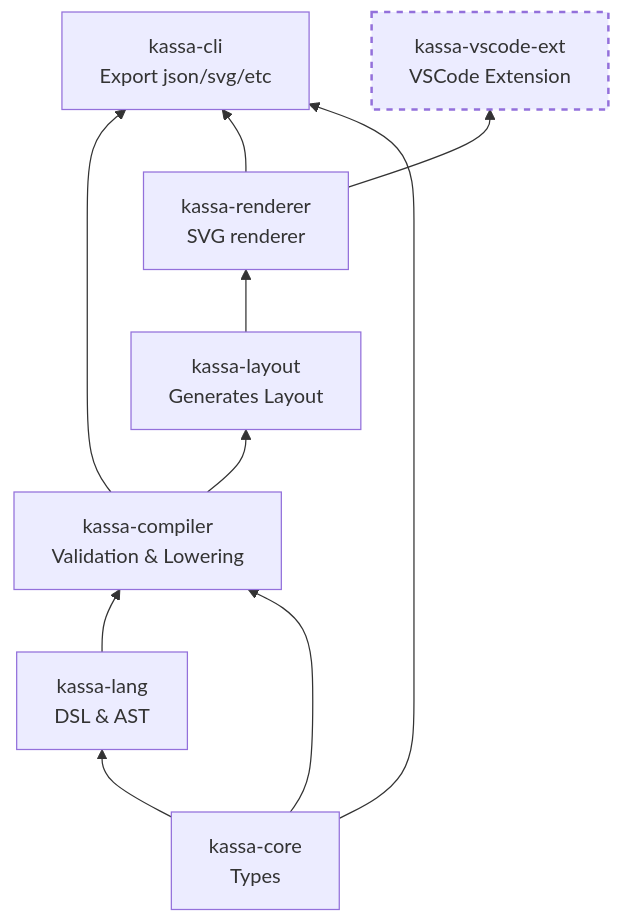
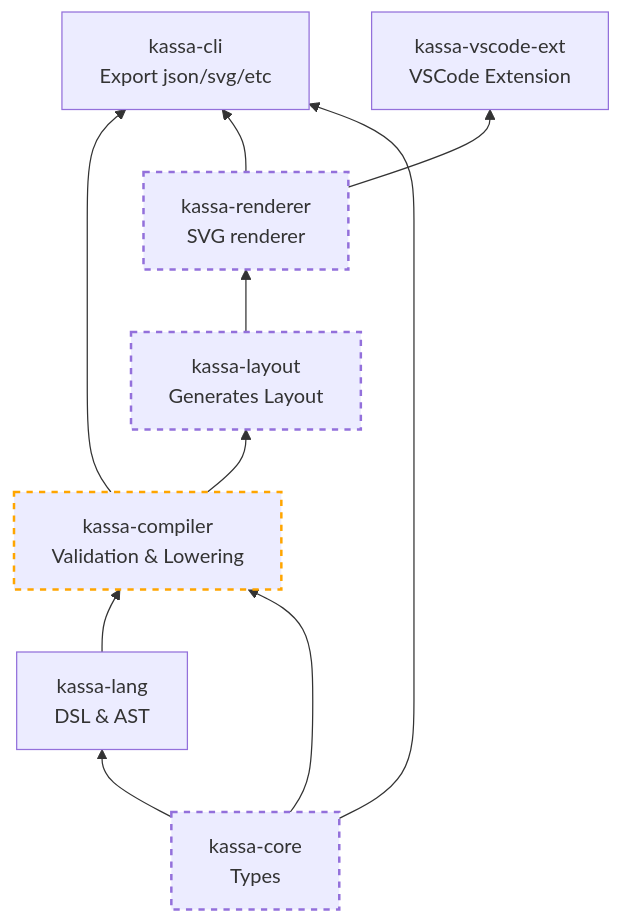
Before and after one commit to Kheirlb/kassa: the second of 2 diagrams in README.md, drawn with Mermaid. The commit also changed other lines of this file and 5 other files, not shown here.

````diff
--- a/README.md
+++ b/README.md
@@ -37,27 +48,31 @@
 ```mermaid
 flowchart BT
     core[kassa-core<br/>Types]
     lang[kassa-lang<br/>DSL & AST]
     compiler[kassa-compiler<br/>Validation & Lowering]
     layout[kassa-layout<br/>Generates Layout]
     render[kassa-renderer<br/>SVG renderer]
     cli[kassa-cli<br/>Export json/svg/etc]
     vscode[kassa-vscode-ext<br/>VSCode Extension]
 
     core --> lang
     lang --> compiler
     core --> compiler
 
     compiler --> layout
     layout --> render
     compiler --> cli
 
     render --> cli
     core --> cli
 
     render --> vscode
 
-    classDef todo stroke-width:2px,stroke-dasharray:5 5;
+    classDef todo stroke-width:2px,stroke-dasharray:5;
+    classDef focus stroke:orange,stroke-width:2px,stroke-dasharray:5;
 
-    class vscode todo
+    class compiler focus
+    class core todo
+    class layout todo
+    class render todo
 ```
````
